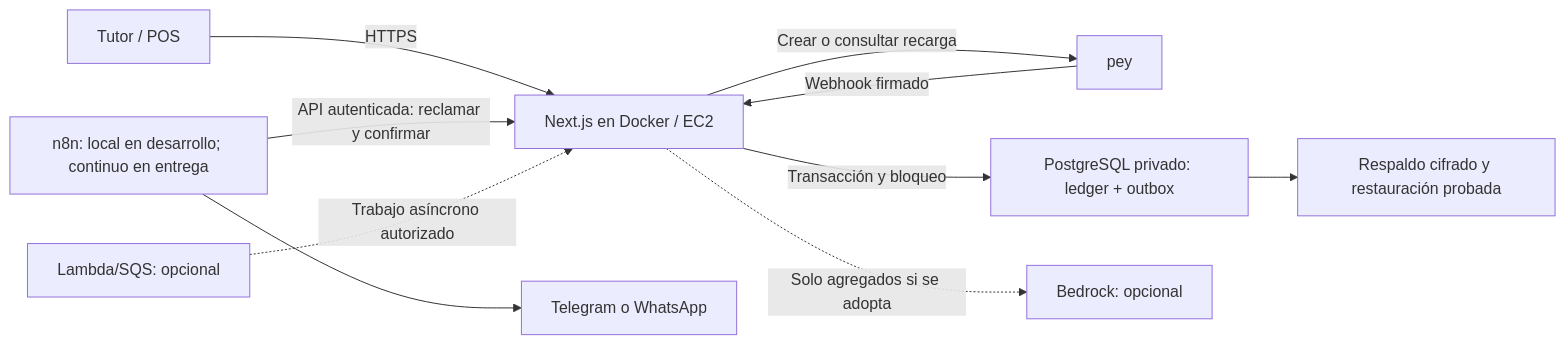
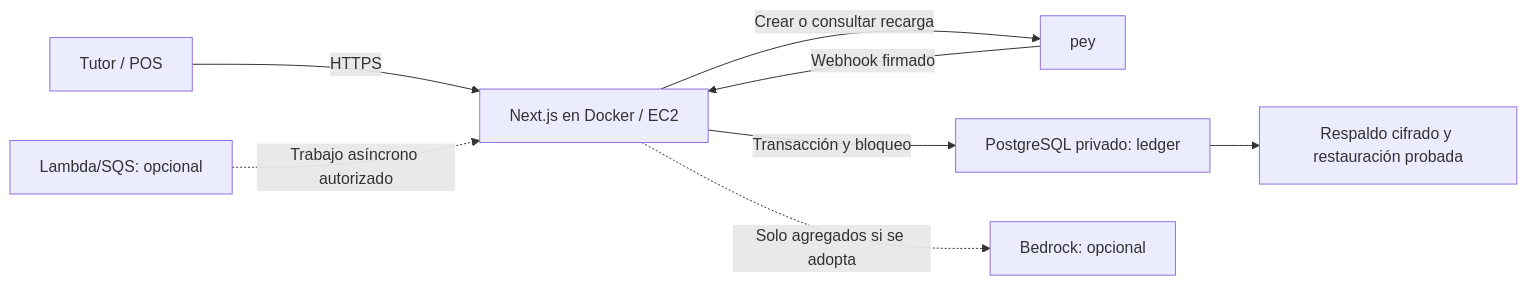
One commit to rslnt1270/NutriPey_Hackathon_CDMX_2026 changed the diagram in docs/08_spec_entrega_diciembre.md. Above: the diagram before and after it, drawn with Mermaid. The commit also changed other lines of this file and 14 other files, not shown here.

````diff
--- a/docs/08_spec_entrega_diciembre.md
+++ b/docs/08_spec_entrega_diciembre.md
@@ -27,12 +26,10 @@
 ```mermaid
 flowchart LR
     U["Tutor / POS"] -->|HTTPS| A["Next.js en Docker / EC2"]
     P["pey"] -->|Webhook firmado| A
     A -->|Crear o consultar recarga| P
-    A -->|Transacción y bloqueo| D["PostgreSQL privado: ledger + outbox"]
-    N["n8n: local en desarrollo; continuo en entrega"] -->|API autenticada: reclamar y confirmar| A
-    N --> C["Telegram o WhatsApp"]
+    A -->|Transacción y bloqueo| D["PostgreSQL privado: ledger"]
     D --> B["Respaldo cifrado y restauración probada"]
     L["Lambda/SQS: opcional"] -.->|Trabajo asíncrono autorizado| A
     A -.->|Solo agregados si se adopta| I["Bedrock: opcional"]
 ```
````
